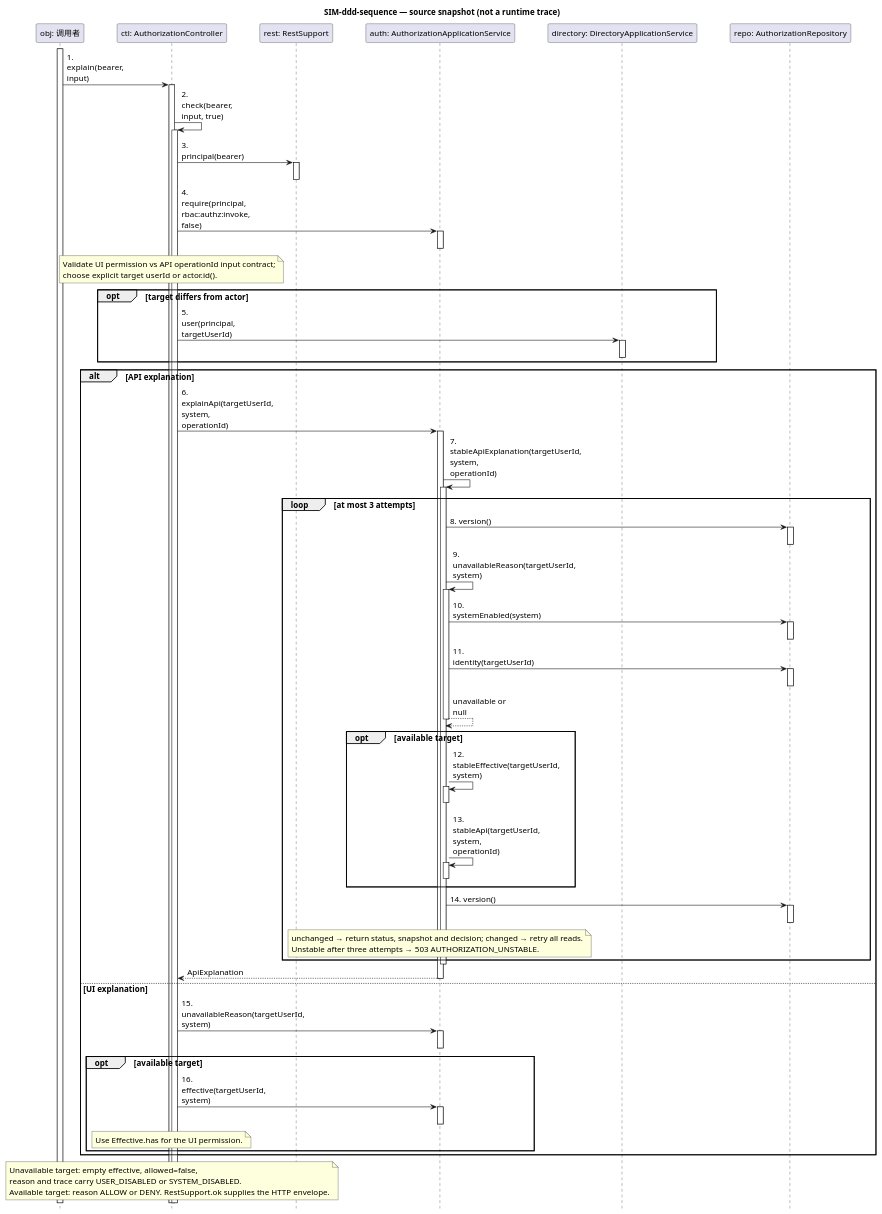
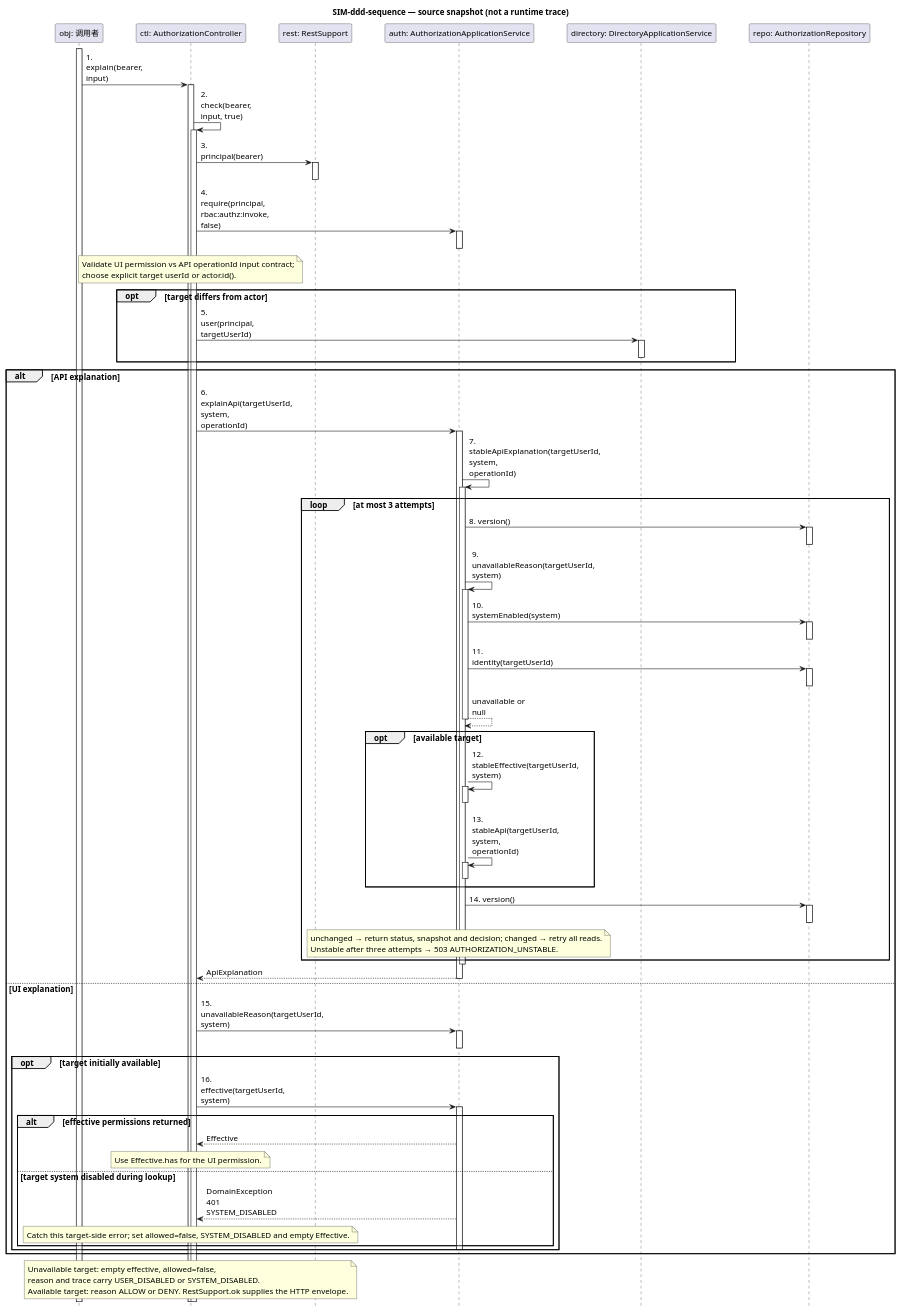
One commit to tang-new/OOAD changed the diagram in docs/design/SIM-ddd-sequence.puml. Above: the diagram before and after it, drawn with PlantUML. The commit also changed 18 other files, not shown here.

Commit message:
docs: update DDD authorization and Swarm diagrams

```diff
--- a/docs/design/SIM-ddd-sequence.puml
+++ b/docs/design/SIM-ddd-sequence.puml
@@ -1,95 +1,103 @@
 @startuml
 hide footbox
 skinparam defaultFontName Microsoft YaHei
 skinparam defaultFontSize 14
 skinparam ParticipantPadding 24
 skinparam BoxPadding 12
 skinparam sequenceMessageAlign left
 skinparam maxMessageSize 100
 title SIM-ddd-sequence — source snapshot (not a runtime trace)
 participant "obj: 调用者" as obj
 participant "ctl: AuthorizationController" as ctl
 participant "rest: RestSupport" as rest
 participant "auth: AuthorizationApplicationService" as auth
 participant "directory: DirectoryApplicationService" as directory
 participant "repo: AuthorizationRepository" as repo
 activate obj
 obj -> ctl: 1. explain(bearer, input)
 activate ctl
 ctl -> ctl: 2. check(bearer, input, true)
 activate ctl
 ctl -> rest: 3. principal(bearer)
 activate rest
 deactivate rest
 ctl -> auth: 4. require(principal, rbac:authz:invoke, false)
 activate auth
 deactivate auth
 note over ctl
 Validate UI permission vs API operationId input contract;
 choose explicit target userId or actor.id().
 end note
 opt target differs from actor
 ctl -> directory: 5. user(principal, targetUserId)
 activate directory
 deactivate directory
 end
 alt API explanation
 ctl -> auth: 6. explainApi(targetUserId, system, operationId)
 activate auth
 auth -> auth: 7. stableApiExplanation(targetUserId, system, operationId)
 activate auth
 loop at most 3 attempts
 auth -> repo: 8. version()
 activate repo
 deactivate repo
 auth -> auth: 9. unavailableReason(targetUserId, system)
 activate auth
 auth -> repo: 10. systemEnabled(system)
 activate repo
 deactivate repo
 auth -> repo: 11. identity(targetUserId)
 activate repo
 deactivate repo
 auth --> auth: unavailable or null
 deactivate auth
 opt available target
 auth -> auth: 12. stableEffective(targetUserId, system)
 activate auth
 deactivate auth
 auth -> auth: 13. stableApi(targetUserId, system, operationId)
 activate auth
 deactivate auth
 end
 auth -> repo: 14. version()
 activate repo
 deactivate repo
 note over auth
 unchanged → return status, snapshot and decision; changed → retry all reads.
 Unstable after three attempts → 503 AUTHORIZATION_UNSTABLE.
 end note
 end
 deactivate auth
 auth --> ctl: ApiExplanation
 deactivate auth
 else UI explanation
 ctl -> auth: 15. unavailableReason(targetUserId, system)
 activate auth
 deactivate auth
-opt available target
+opt target initially available
 ctl -> auth: 16. effective(targetUserId, system)
 activate auth
-deactivate auth
+alt effective permissions returned
+auth --> ctl: Effective
 note over ctl
 Use Effective.has for the UI permission.
 end note
+else target system disabled during lookup
+auth --> ctl: DomainException 401 SYSTEM_DISABLED
+note over ctl
+Catch this target-side error; set allowed=false, SYSTEM_DISABLED and empty Effective.
+end note
+end
+deactivate auth
 end
 end
 note over ctl
 Unavailable target: empty effective, allowed=false,
 reason and trace carry USER_DISABLED or SYSTEM_DISABLED.
 Available target: reason ALLOW or DENY. RestSupport.ok supplies the HTTP envelope.
 end note
 deactivate ctl
 deactivate ctl
 deactivate obj
 @enduml
```
